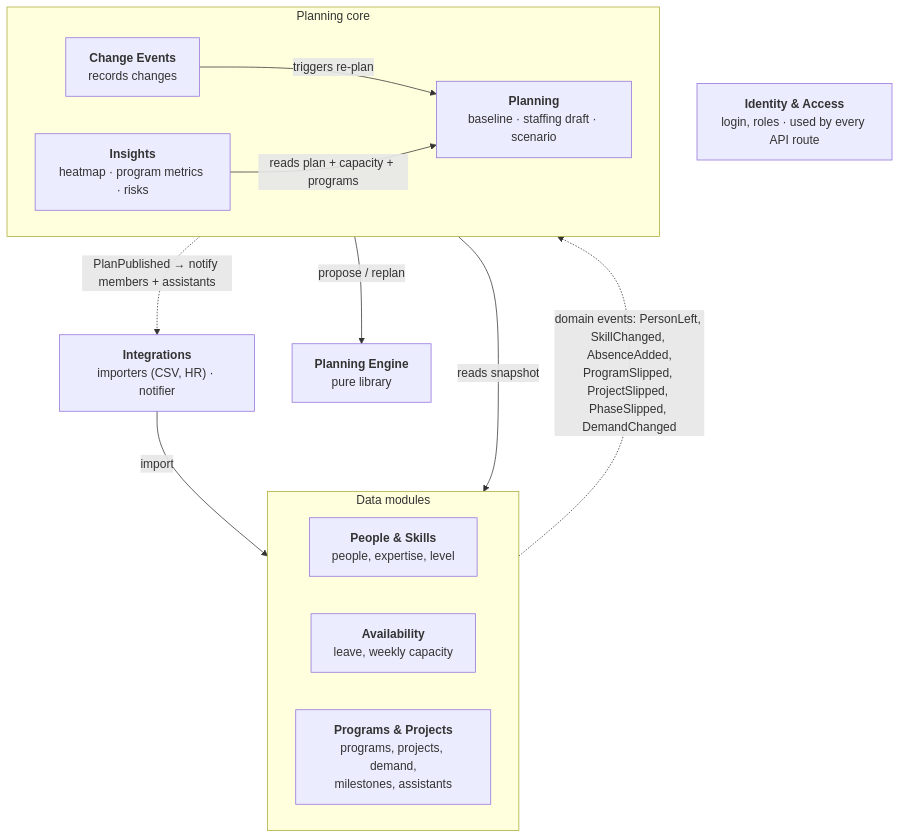
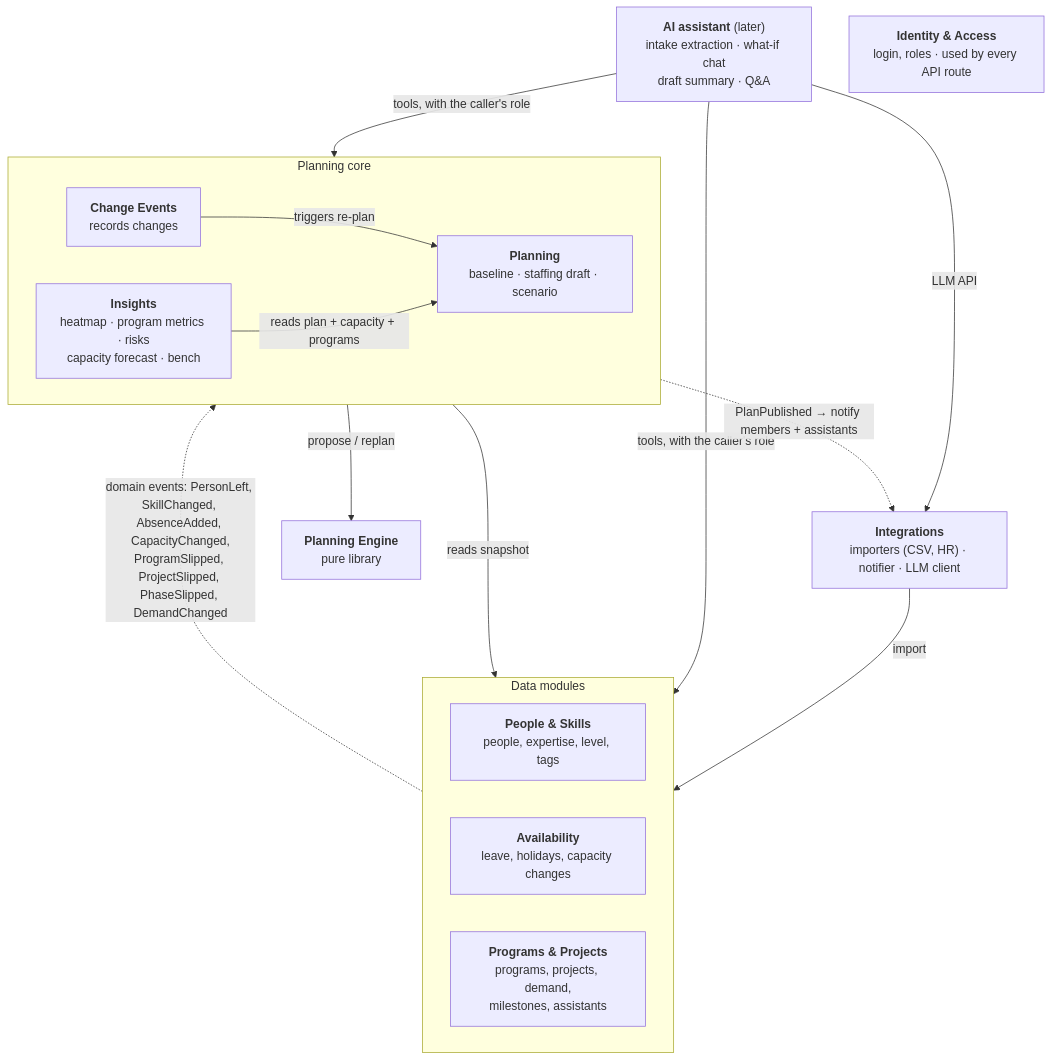
Before and after one commit to dophnamm/the-slot-finder: the third of 8 diagrams in README.md, drawn with Mermaid. The commit also changed other lines of this file and 4 other files, not shown here.

First line of the commit message:
docs: design v0.4 with multi-expertise assignments, tags, capacity and re-plan merge (#1)

````diff
--- a/README.md
+++ b/README.md
@@ -128,29 +138,33 @@
 ```mermaid
 flowchart TB
-  integ["<b>Integrations</b><br/>importers (CSV, HR) · notifier"]
+  integ["<b>Integrations</b><br/>importers (CSV, HR) · notifier · LLM client"]
+  ai["<b>AI assistant</b> (later)<br/>intake extraction · what-if chat<br/>draft summary · Q&A"]
 
   subgraph data["Data modules"]
     direction LR
-    people["<b>People & Skills</b><br/>people, expertise, level"]
-    avail["<b>Availability</b><br/>leave, weekly capacity"]
+    people["<b>People & Skills</b><br/>people, expertise, level, tags"]
+    avail["<b>Availability</b><br/>leave, holidays, capacity changes"]
     programs["<b>Programs & Projects</b><br/>programs, projects, demand,<br/>milestones, assistants"]
   end
 
   subgraph core["Planning core"]
     direction LR
     events["<b>Change Events</b><br/>records changes"]
     planning["<b>Planning</b><br/>baseline · staffing draft · scenario"]
-    insights["<b>Insights</b><br/>heatmap · program metrics · risks"]
+    insights["<b>Insights</b><br/>heatmap · program metrics · risks<br/>capacity forecast · bench"]
   end
 
   engine["<b>Planning Engine</b><br/>pure library"]
   iam["<b>Identity & Access</b><br/>login, roles · used by every API route"]
 
   integ -->|"import"| data
-  data -.->|"domain events: PersonLeft, SkillChanged, AbsenceAdded,<br/>ProgramSlipped, ProjectSlipped, PhaseSlipped, DemandChanged"| events
+  data -.->|"domain events: PersonLeft, SkillChanged, AbsenceAdded, CapacityChanged,<br/>ProgramSlipped, ProjectSlipped, PhaseSlipped, DemandChanged"| events
   events -->|"triggers re-plan"| planning
   planning -->|"reads snapshot"| data
   insights -->|"reads plan + capacity + programs"| planning
   planning -->|"propose / replan"| engine
   planning -.->|"PlanPublished → notify members + assistants"| integ
+  ai -->|"LLM API"| integ
+  ai -->|"tools, with the caller's role"| data
+  ai -->|"tools, with the caller's role"| core
 ```
````
